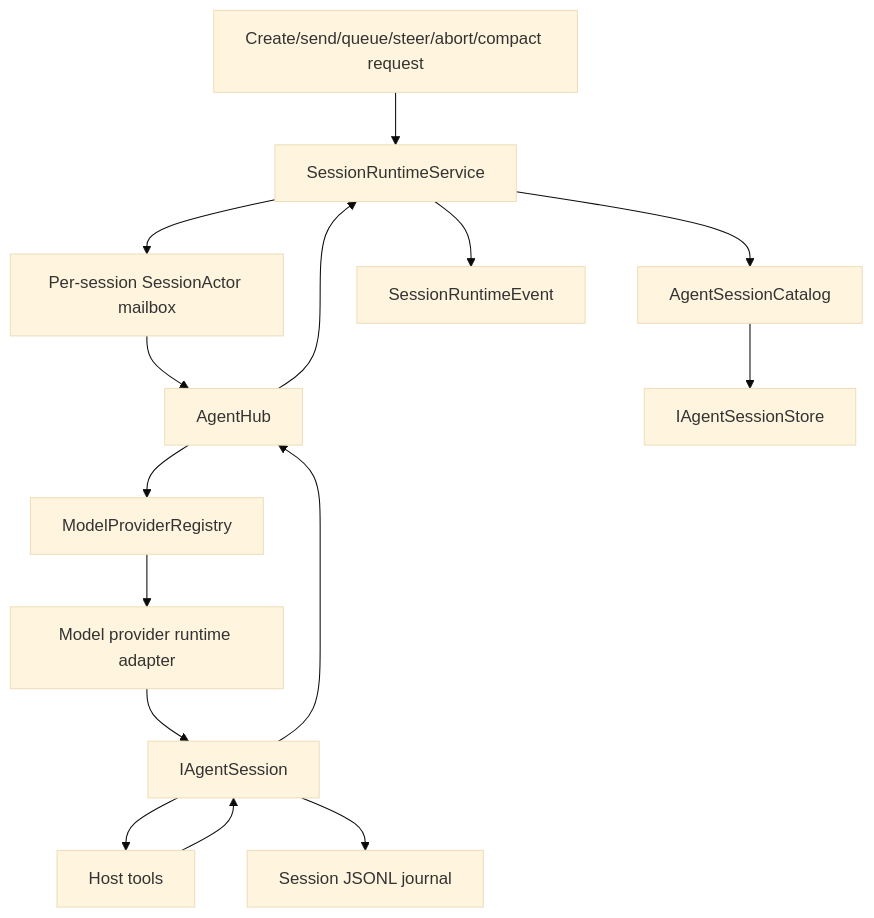
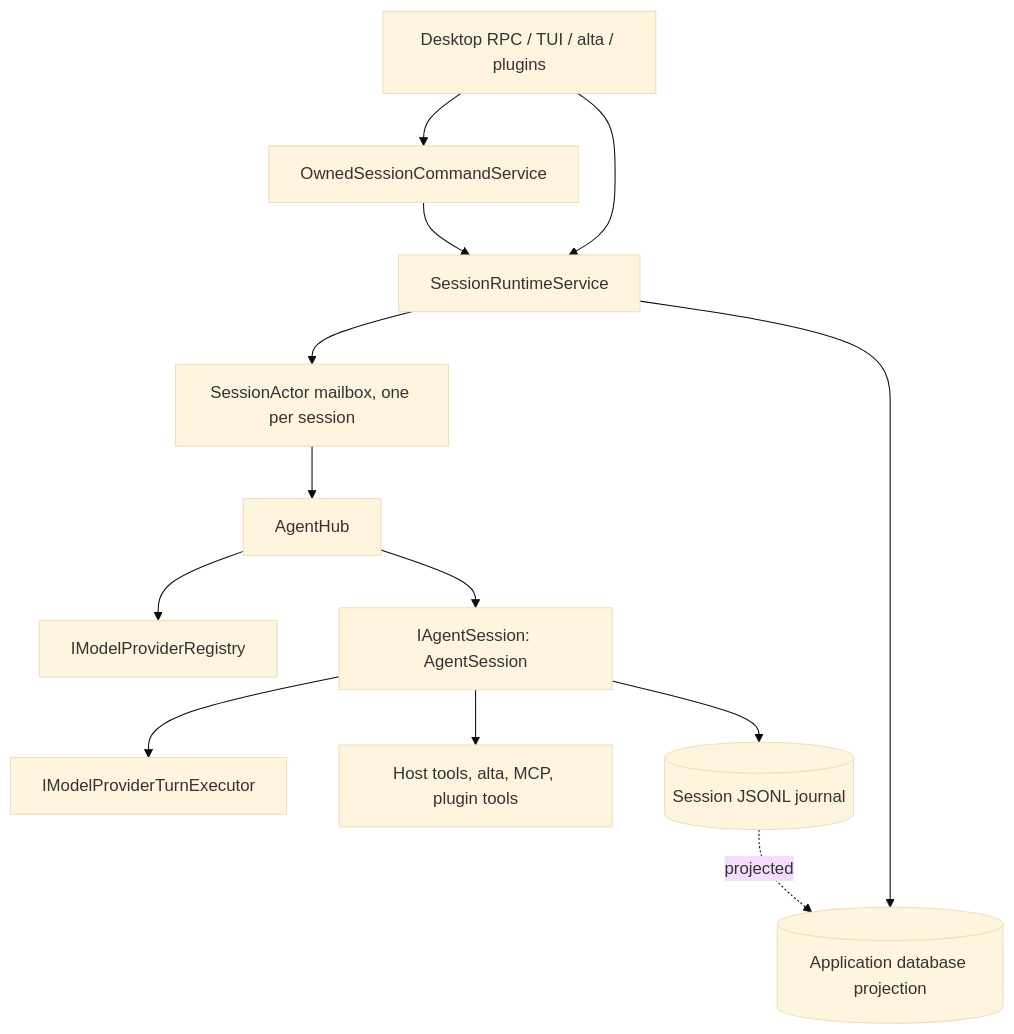
The diagram in doc/runtime.md (CodeAlta/CodeAlta), drawn with Mermaid (base theme) before and after one commit. The commit also changed other lines of this file and 102 other files, not shown here.

First line of the commit message:
Update doc: architecture-only doc/, reorganized user guide

````diff
--- a/doc/runtime.md
+++ b/doc/runtime.md
@@ -7,30 +9,23 @@
 ```mermaid
 flowchart TD
-    Request[Create/send/queue/steer/abort/compact request]
+    Callers[Desktop RPC / TUI / alta / plugins]
+    Owned[OwnedSessionCommandService]
     Service[SessionRuntimeService]
-    Actor[Per-session SessionActor mailbox]
+    Actor[SessionActor mailbox, one per session]
     Hub[AgentHub]
-    Registry[ModelProviderRegistry]
-    Provider[Model provider runtime adapter]
-    Session[IAgentSession]
-    Catalog[AgentSessionCatalog]
-    Store[IAgentSessionStore]
-    Tools[Host tools]
-    Journal[Session JSONL journal]
-    RuntimeEvents[SessionRuntimeEvent]
+    Registry[IModelProviderRegistry]
+    Session[IAgentSession: AgentSession]
+    Executor[IModelProviderTurnExecutor]
+    Tools[Host tools, alta, MCP, plugin tools]
+    Journal[(Session JSONL journal)]
+    Db[(Application database projection)]
 
-    Request --> Service
-    Service --> Actor
-    Actor --> Hub
-    Hub --> Registry
-    Registry --> Provider
-    Provider --> Session
+    Callers --> Owned --> Service
+    Callers --> Service
+    Service --> Actor --> Hub --> Registry
+    Hub --> Session --> Executor
     Session --> Tools
-    Tools --> Session
     Session --> Journal
-    Catalog --> Store
-    Service --> Catalog
-    Session --> Hub
-    Hub --> Service
-    Service --> RuntimeEvents
+    Journal -.projected.-> Db
+    Service --> Db
 ```
````
